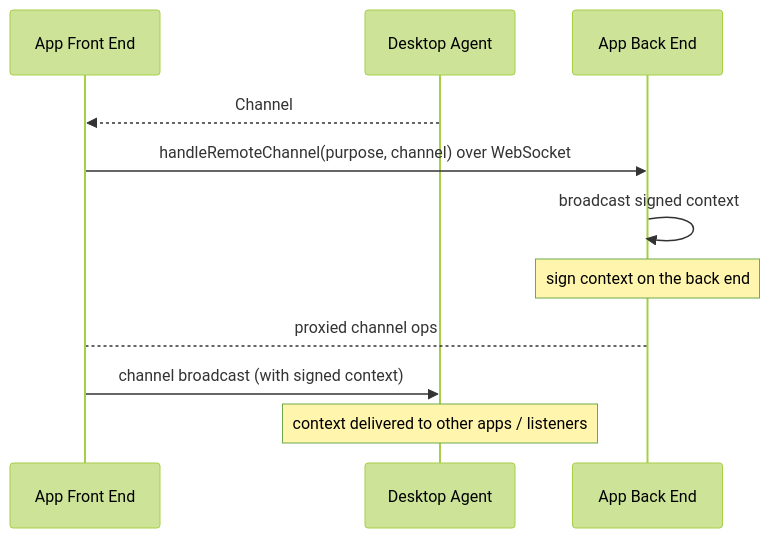
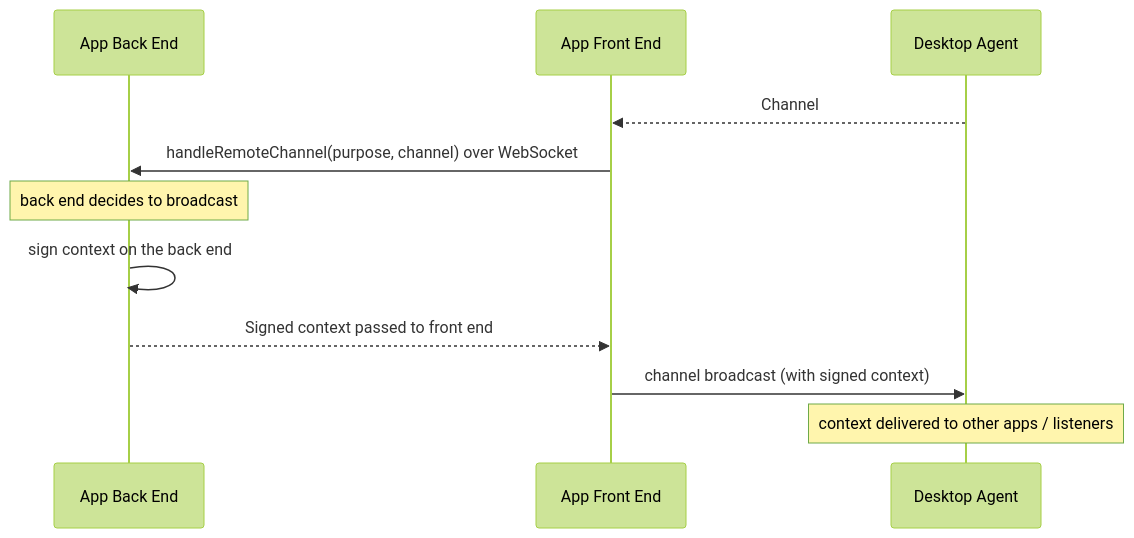
Before and after one commit to finos/FDC3: the first of 5 diagrams in website/docs/api/security.md, drawn with Mermaid (forest theme). The commit also changed other lines of this file and 3 other files, not shown here.

````diff
--- a/website/docs/api/security.md
+++ b/website/docs/api/security.md
@@ -176,14 +171,15 @@
 ```mermaid
 sequenceDiagram
+    participant BEA as App Back End
     participant FEA as App Front End
     participant DA as Desktop Agent
-    participant BEA as App Back End
 
     DA-->>FEA: Channel
     FEA->>BEA: handleRemoteChannel(purpose, channel) over WebSocket
-    BEA->>BEA: broadcast signed context
-    Note over BEA: sign context on the back end
-    BEA-->FEA: proxied channel ops
+
+    Note over BEA: back end decides to broadcast
+    BEA->>BEA: sign context on the back end
+    BEA-->>FEA: Signed context passed to front end
     FEA->>DA: channel broadcast (with signed context)
     Note over DA: context delivered to other apps / listeners
 ```
````
